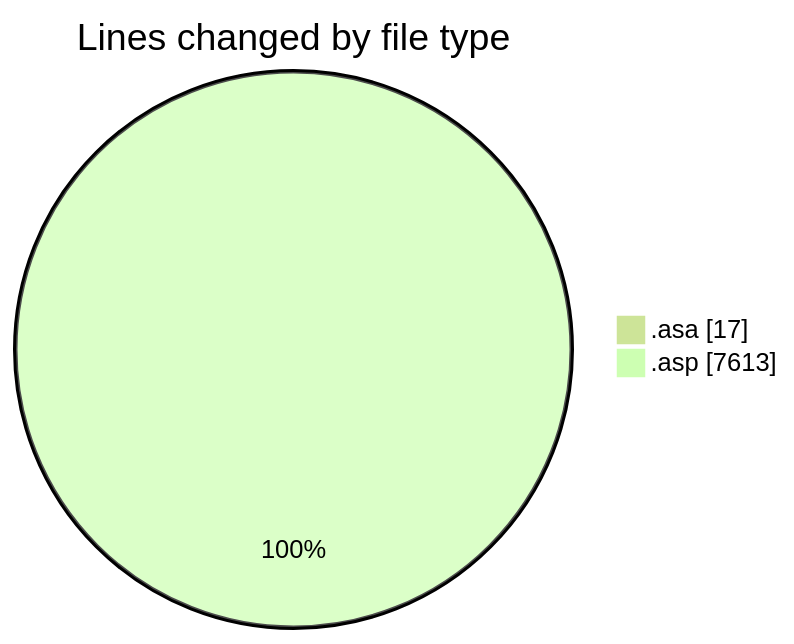
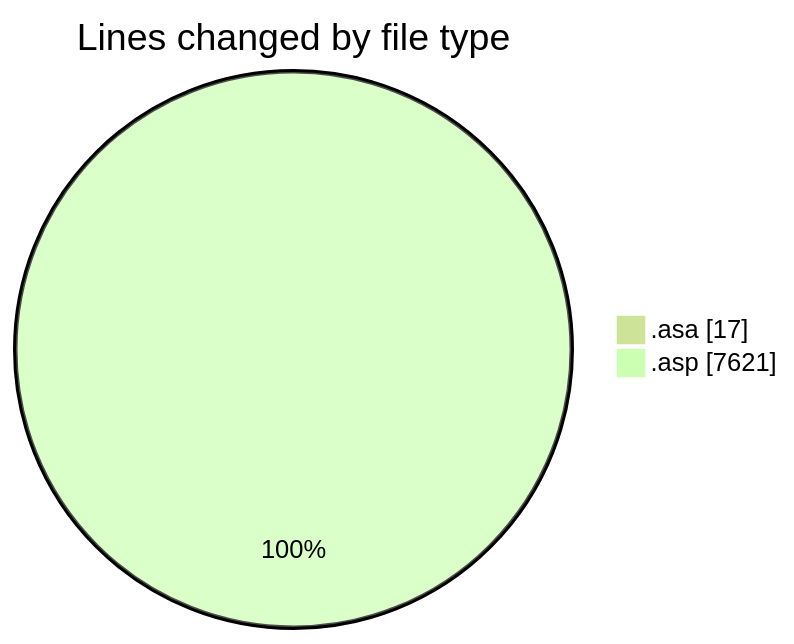
The first of 2 diagrams in 2025-11-06/usr_aleoudev_fr__workspace_/README.md (julien-gomy/code-tracking), drawn with Mermaid (forest theme) before and after one commit. The commit also changed other lines of this file and 1 other file, not shown here.

````diff
--- a/2025-11-06/usr_aleoudev_fr__workspace_/README.md
+++ b/2025-11-06/usr_aleoudev_fr__workspace_/README.md
@@ -24,6 +24,6 @@
 ```mermaid
 pie showData
 title Lines changed by file type
 ".asa" : 17
-".asp" : 7613
+".asp" : 7621
 ```
````
